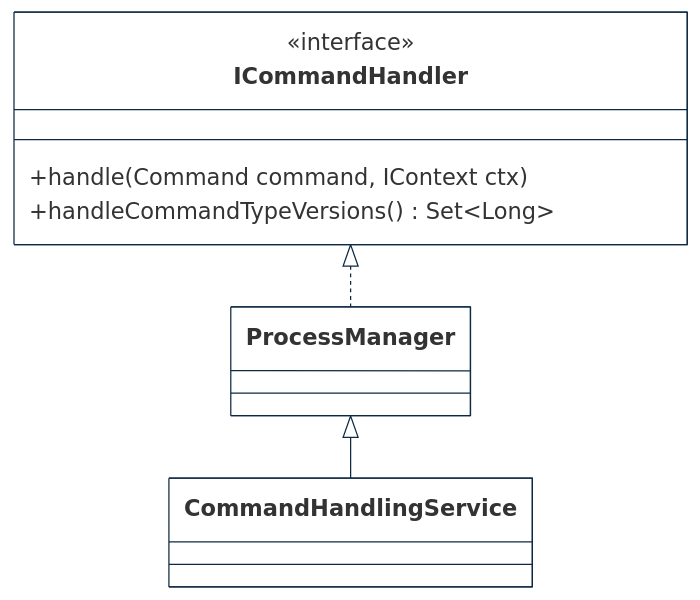
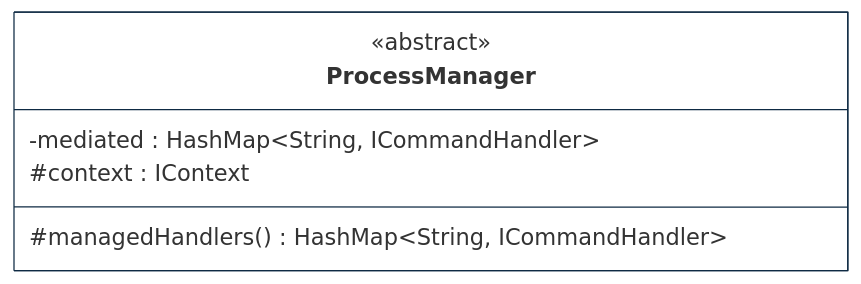
One commit to cybnity/foundation changed the third of 3 diagrams in implementations-line/framework/domain/designview-structure-models.md. Above: the diagram before and after it, drawn with Mermaid.

````diff
--- a/implementations-line/framework/domain/designview-structure-models.md
+++ b/implementations-line/framework/domain/designview-structure-models.md
@@ -162,31 +164,28 @@
 ```mermaid
 %%{
   init: {
     'theme': 'base',
     'themeVariables': {
         'background': '#ffffff',
         'fontFamily': 'arial',
         'fontSize': '18px',
         'primaryColor': '#fff',
         'primaryBorderColor': '#0e2a43',
         'secondaryBorderColor': '#0e2a43',
         'tertiaryBorderColor': '#0e2a43',
         'edgeLabelBackground':'#0e2a43',
         'lineColor': '#0e2a43',
         'tertiaryColor': '#fff'
     }
   }
 }%%
 classDiagram
-    ICommandHandler <|.. ProcessManager
-    ProcessManager <|-- CommandHandlingService
+    class ProcessManager {
+        <<abstract>>
+        -mediated : HashMap~String, ICommandHandler~
+        #context : IContext
+        #managedHandlers() HashMap~String, ICommandHandler~
+    }
 
 
-
-    class ICommandHandler {
-        <<interface>>
-        +handle(Command command, IContext ctx)
-        +handleCommandTypeVersions() Set~Long~
-    }
-
 ```
````
